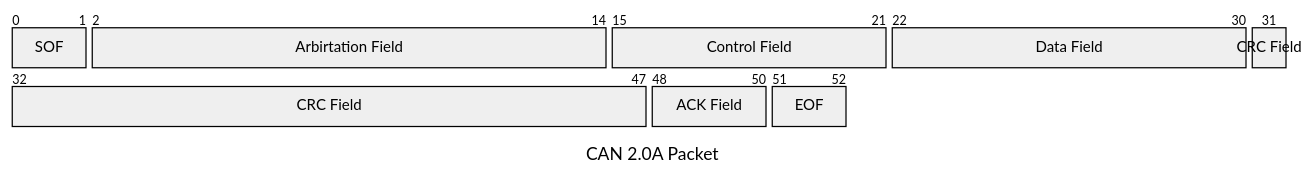
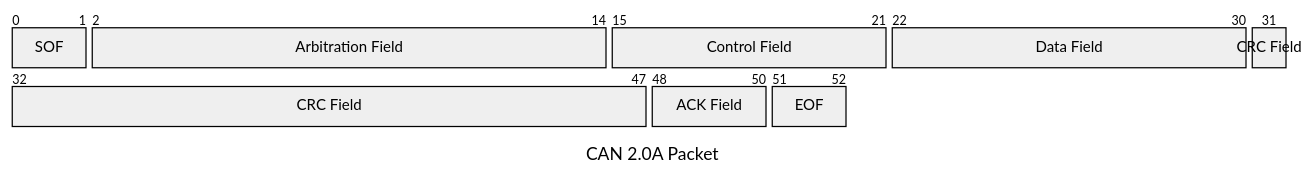
One commit to bryan-melanson/blog changed the diagram in src/study-guides/protocol-can.md. Above: the diagram before and after it, drawn with Mermaid. The commit also changed 20 other files, not shown here.

Commit message:
Add mermaid diagrams

````diff
--- a/src/study-guides/protocol-can.md
+++ b/src/study-guides/protocol-can.md
@@ -82,11 +82,11 @@
 ```mermaid
 packet-beta
 title CAN 2.0A Packet
 0-1: "SOF"
-2-14: "Arbirtation Field"
+2-14: "Arbitration Field"
 15-21: "Control Field"
 22-30: "Data Field"
 31-47: "CRC Field"
 48-50: "ACK Field"
 51-52: "EOF"
 ```
````
